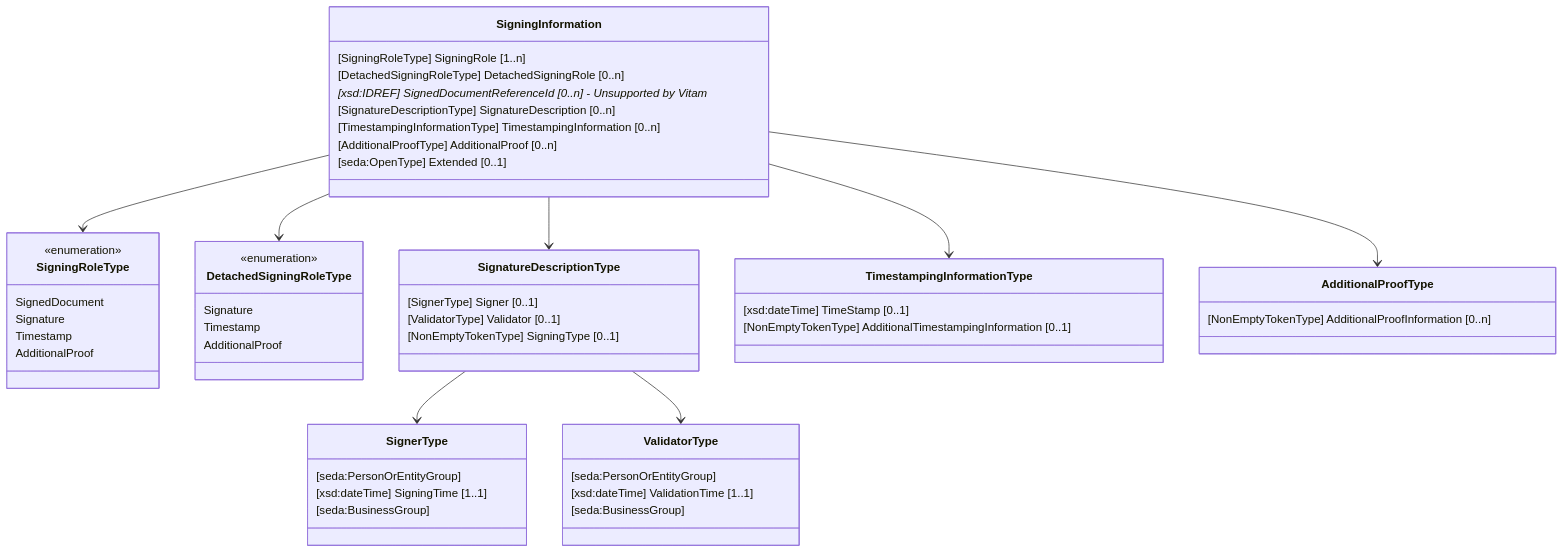
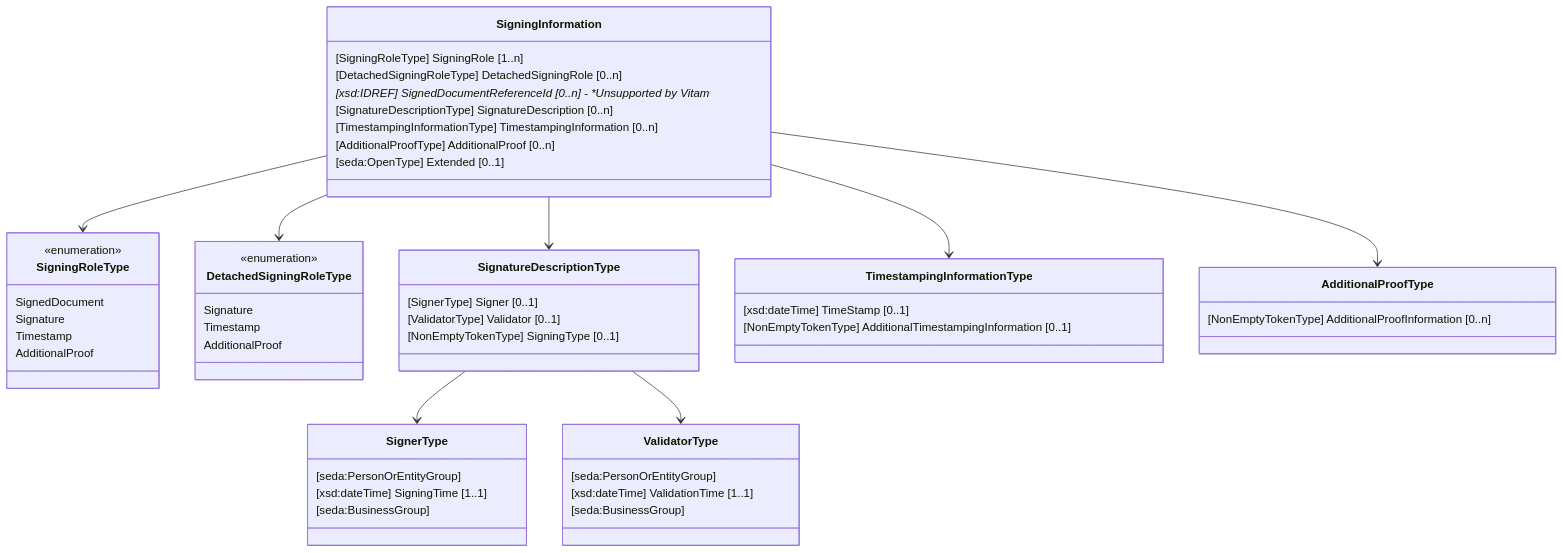
The diagram in doc/fr/cookbooks/SigningInformation/README.md (ProgrammeVitam/vitam), drawn with Mermaid before and after one commit. The commit also changed other lines of this file, not shown here.

````diff
--- a/doc/fr/cookbooks/SigningInformation/README.md
+++ b/doc/fr/cookbooks/SigningInformation/README.md
@@ -53,54 +38,55 @@
 ```mermaid
 classDiagram
     SigningInformation --> SigningRoleType
     SigningInformation --> DetachedSigningRoleType
     SigningInformation --> SignatureDescriptionType
     SigningInformation --> TimestampingInformationType
     SigningInformation --> AdditionalProofType
     SignatureDescriptionType --> SignerType
     SignatureDescriptionType --> ValidatorType
+	
     class SigningInformation {
         [SigningRoleType] SigningRole [1..n]
         [DetachedSigningRoleType] DetachedSigningRole [0..n]
-        [xsd:IDREF] SignedDocumentReferenceId [0..n] - Unsupported by Vitam*
+        [xsd:IDREF] SignedDocumentReferenceId [0..n] - **Unsupported by Vitam**
         [SignatureDescriptionType] SignatureDescription [0..n]
         [TimestampingInformationType] TimestampingInformation [0..n]
         [AdditionalProofType] AdditionalProof [0..n]
         [seda:OpenType] Extended [0..1]
     }
     class SigningRoleType {
          <<enumeration>>
          SignedDocument 
          Signature
          Timestamp
          AdditionalProof
     }
     class DetachedSigningRoleType {
          <<enumeration>>
          Signature
          Timestamp
          AdditionalProof
     }
     class SignatureDescriptionType {
         [SignerType] Signer [0..1]
         [ValidatorType] Validator [0..1]
         [NonEmptyTokenType] SigningType [0..1]
     }
     class SignerType {
         [seda:PersonOrEntityGroup]
         [xsd:dateTime] SigningTime [1..1]
         [seda:BusinessGroup]
     }
     class ValidatorType {
         [seda:PersonOrEntityGroup]
         [xsd:dateTime] ValidationTime [1..1]
         [seda:BusinessGroup]
     }
     class TimestampingInformationType {
         [xsd:dateTime] TimeStamp [0..1]
         [NonEmptyTokenType] AdditionalTimestampingInformation [0..1]
     }
     class AdditionalProofType {
         [NonEmptyTokenType] AdditionalProofInformation [0..n]
     }
 ```
````
